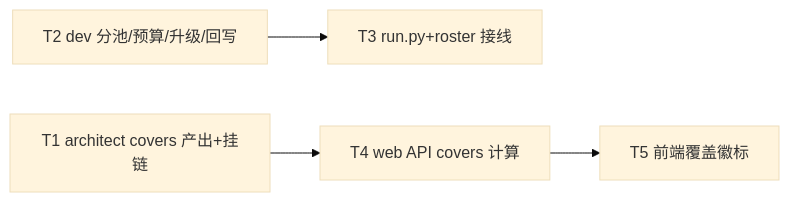
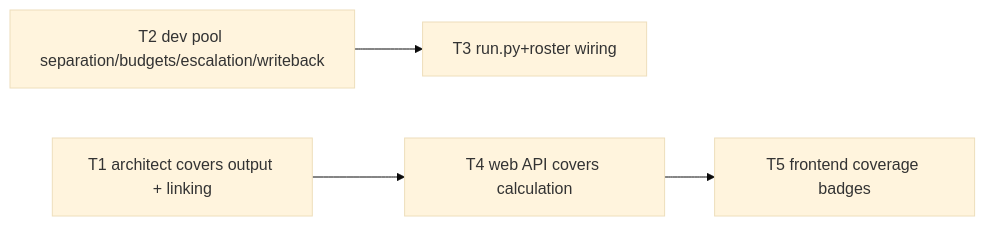
One commit to Curry09/AHE-Beta changed the diagram in docs/specs/0020-issue-covers-dispatch-budget.md. Above: the diagram before and after it, drawn with Mermaid (base theme). The commit also changed other lines of this file and 531 other files, not shown here.

````diff
--- a/docs/specs/0020-issue-covers-dispatch-budget.md
+++ b/docs/specs/0020-issue-covers-dispatch-budget.md
@@ -203,11 +157,11 @@
 ```mermaid
 graph LR
-  T1[T1 architect covers 产出+挂链]
-  T2[T2 dev 分池/预算/升级/回写]
-  T3[T3 run.py+roster 接线]
-  T4[T4 web API covers 计算]
-  T5[T5 前端覆盖徽标]
+  T1[T1 architect covers output + linking]
+  T2[T2 dev pool separation/budgets/escalation/writeback]
+  T3[T3 run.py+roster wiring]
+  T4[T4 web API covers calculation]
+  T5[T5 frontend coverage badges]
   T1 --> T4
   T2 --> T3
   T4 --> T5
 ```
````
